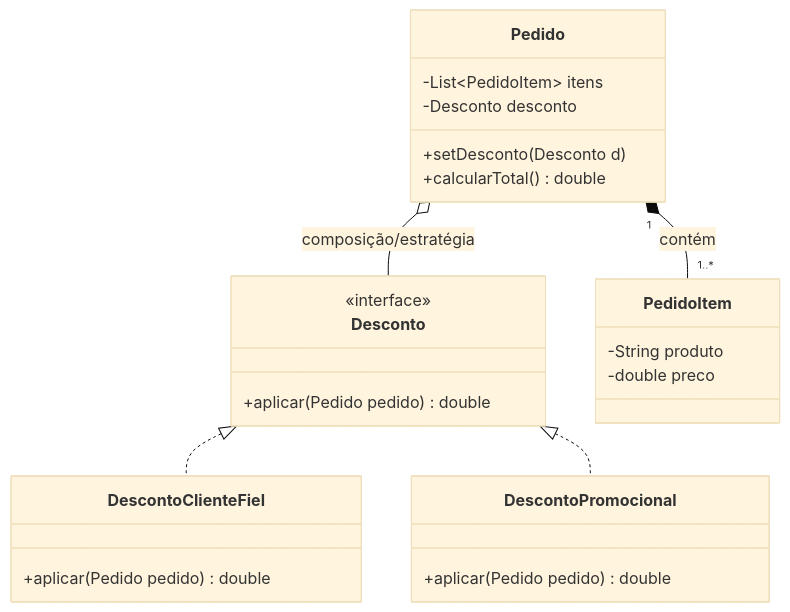
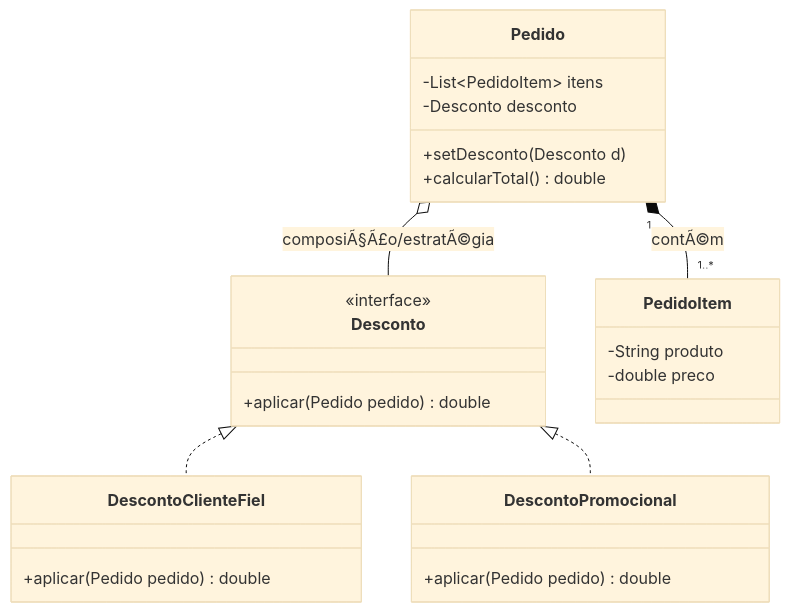
Before and after one commit to ProfBezerra/T200-ProjArqSist: the first of 2 diagrams in apostilas-grasp/polymorphism.md, drawn with Mermaid (base theme). The commit also changed other lines of this file and 14 other files, not shown here.

````diff
--- a/apostilas-grasp/polymorphism.md
+++ b/apostilas-grasp/polymorphism.md
@@ -79,32 +79,32 @@
 ```mermaid
 classDiagram
-	class Desconto {
-		<<interface>>
-		+aplicar(Pedido pedido) double
-	}
+  class Desconto {
+    <<interface>>
+    +aplicar(Pedido pedido) double
+  }
 
-	class DescontoClienteFiel {
-		+aplicar(Pedido pedido) double
-	}
+  class DescontoClienteFiel {
+    +aplicar(Pedido pedido) double
+  }
 
-	class DescontoPromocional {
-		+aplicar(Pedido pedido) double
-	}
+  class DescontoPromocional {
+    +aplicar(Pedido pedido) double
+  }
 
-	class Pedido {
-		-List~PedidoItem~ itens
-		-Desconto desconto
-		+setDesconto(Desconto d)
-		+calcularTotal() double
-	}
+  class Pedido {
+    -List~PedidoItem~ itens
+    -Desconto desconto
+    +setDesconto(Desconto d)
+    +calcularTotal() double
+  }
 
     class PedidoItem {
         -String produto
         -double preco
     }
 
-	Desconto <|.. DescontoClienteFiel
-	Desconto <|.. DescontoPromocional
-	Pedido o-- Desconto : composição/estratégia
-    Pedido "1" *-- "1..*" PedidoItem : contém
+  Desconto <|.. DescontoClienteFiel
+  Desconto <|.. DescontoPromocional
+  Pedido o-- Desconto : composiÃ§Ã£o/estratÃ©gia
+    Pedido "1" *-- "1..*" PedidoItem : contÃ©m
 ```
````
